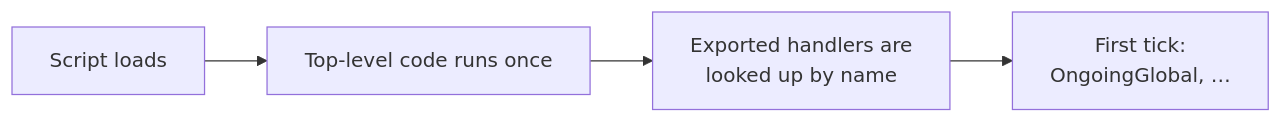
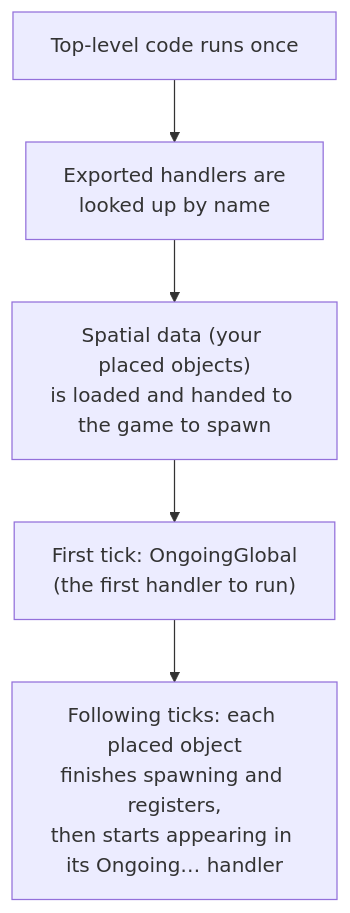
Before and after one commit to dfanz0r/bf6-portal-docs: the second of 3 diagrams in event-loop.md, drawn with Mermaid. The commit also changed other lines of this file, not shown here.

````diff
--- a/event-loop.md
+++ b/event-loop.md
@@ -67,6 +54,7 @@
 ```mermaid
-flowchart LR
-    A["Script loads"] --> B["Top-level code runs once"]
-    B --> C["Exported handlers are<br/>looked up by name"]
-    C --> D["First tick:<br/>OngoingGlobal, …"]
+flowchart TB
+    A["Top-level code runs once"] --> B["Exported handlers are<br/>looked up by name"]
+    B --> C["Spatial data (your placed objects)<br/>is loaded and handed to the game to spawn"]
+    C --> D["First tick: OngoingGlobal<br/>(the first handler to run)"]
+    D --> E["Following ticks: each placed object<br/>finishes spawning and registers,<br/>then starts appearing in its Ongoing… handler"]
 ```
````
